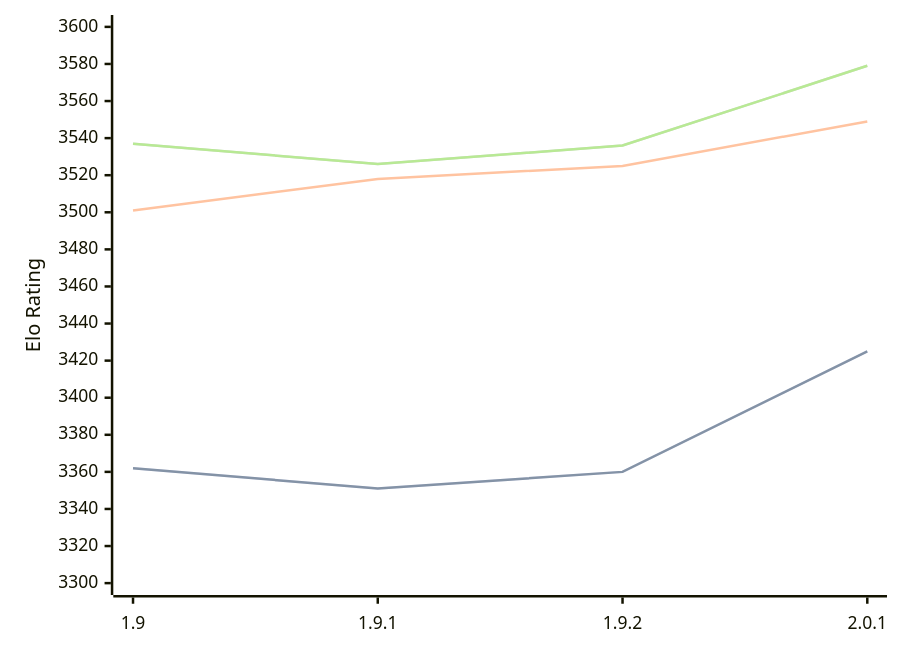
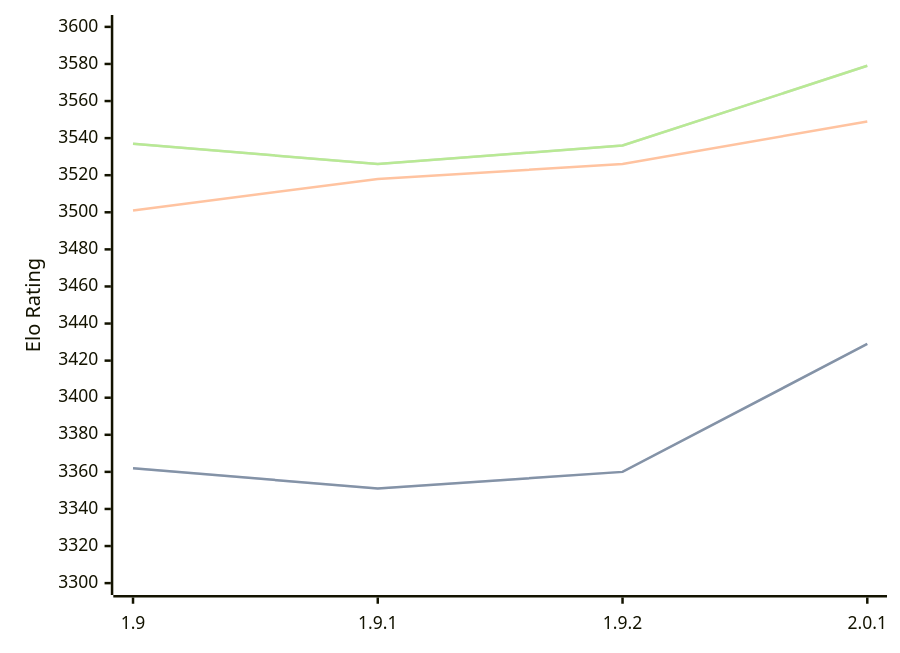
One commit to computer-chess-index/cci changed the diagram in engines/Pawnocchio.md. Above: the diagram before and after it, drawn with Mermaid. The commit also changed other lines of this file, not shown here.

````diff
--- a/engines/Pawnocchio.md
+++ b/engines/Pawnocchio.md
@@ -50,11 +50,11 @@
 ```mermaid
 %%{init: {"theme":"base","themeVariables":{"seriesColors:['#a3a3a3','#222221','#faa371']}}}%%
 xychart-beta
   x-axis ["1.9", "1.9.1", "1.9.2", "2.0.1"]
   y-axis "Elo Rating" 3300 --> 3600
-  line "STC (8.0+0.08s)" [3362, 3351, 3360, 3425]
-  line "STC (8.0+0.08s)" [3362, 3351, 3360, 3425]
-  line "LTC (60.0+0.60s)" [3501, 3518, 3525, 3549]
+  line "STC (8.0+0.08s)" [3362, 3351, 3360, 3429]
+  line "STC (8.0+0.08s)" [3362, 3351, 3360, 3429]
+  line "LTC (60.0+0.60s)" [3501, 3518, 3526, 3549]
   line "VLTC (2m24s+1.12s)" [3537, 3526, 3536, 3579]
   line "VLTC (2m24s+1.12s)" [3537, 3526, 3536, 3579]
 ```
````
